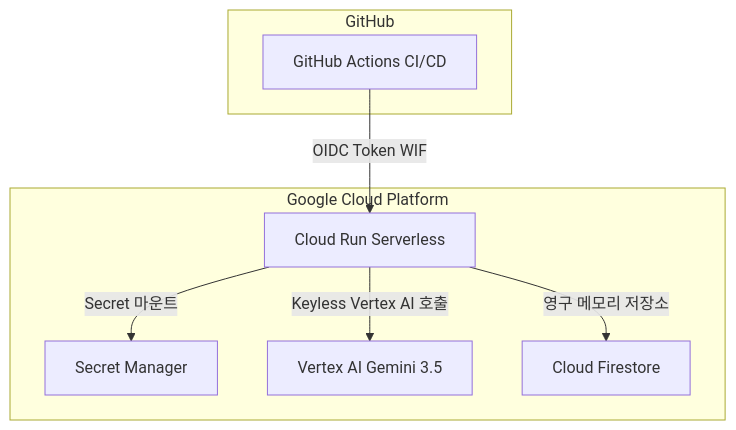
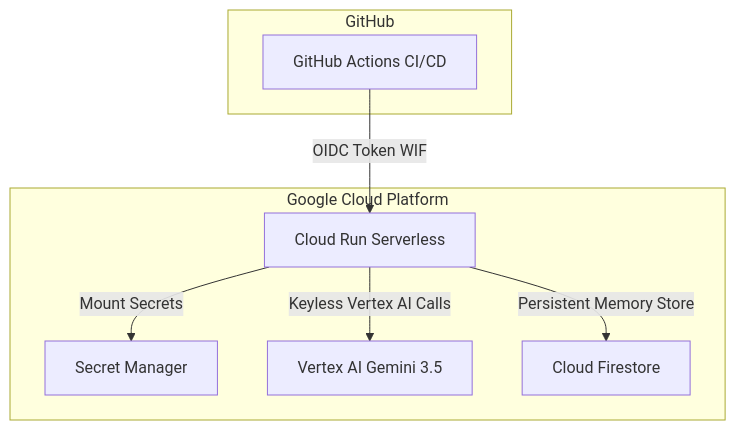
The second of 2 diagrams in README.md (CisThard/content_passport), drawn with Mermaid before and after one commit.

Commit message:
docs: translate Korean labels in production deployment Mermaid diagram to English

````diff
--- a/README.md
+++ b/README.md
@@ -106,11 +106,11 @@
 ```mermaid
 graph TD
     subgraph GCP [Google Cloud Platform]
-        run[Cloud Run Serverless] -->|Secret 마운트| sm[Secret Manager]
-        run -->|Keyless Vertex AI 호출| vertex[Vertex AI Gemini 3.5]
-        run -->|영구 메모리 저장소| db[Cloud Firestore]
+        run[Cloud Run Serverless] -->|Mount Secrets| sm[Secret Manager]
+        run -->|Keyless Vertex AI Calls| vertex[Vertex AI Gemini 3.5]
+        run -->|Persistent Memory Store| db[Cloud Firestore]
     end
     subgraph GitHub
         workflow[GitHub Actions CI/CD] -->|OIDC Token WIF| run
     end
 ```
````
